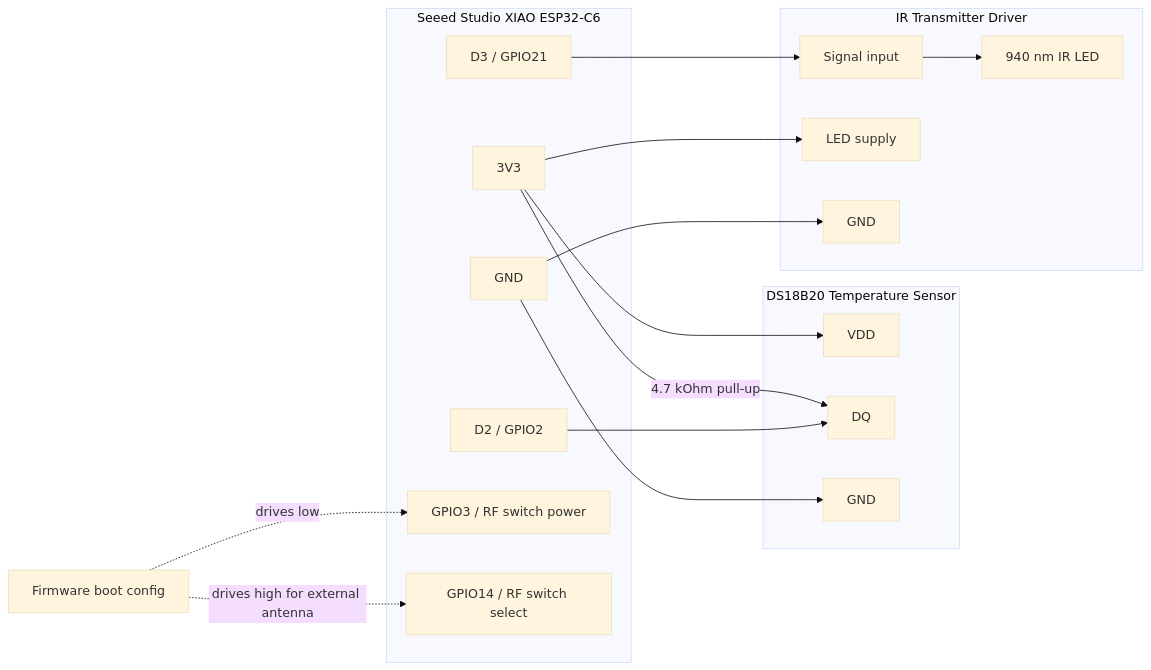
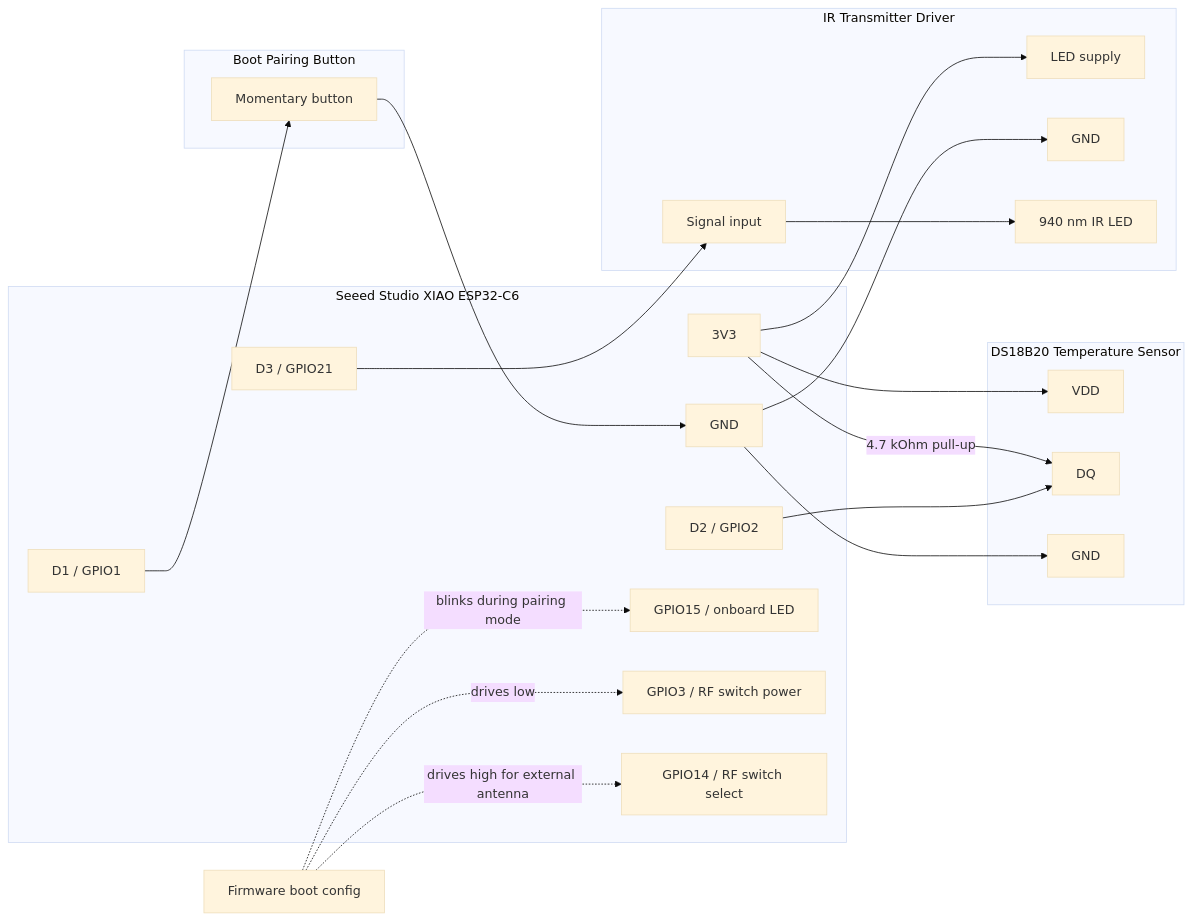
One commit to EpKouhia/strome-ir-matter changed the diagram in README.md. Above: the diagram before and after it, drawn with Mermaid (base theme). The commit also changed other lines of this file and 10 other files, not shown here.

First line of the commit message:
Add GPIO pairing and reset controls

````diff
--- a/README.md
+++ b/README.md
@@ -30,38 +30,48 @@
 ```mermaid
 flowchart LR
     subgraph XIAO["Seeed Studio XIAO ESP32-C6"]
         V3V3["3V3"]
         GND["GND"]
+        D1["D1 / GPIO1"]
         D2["D2 / GPIO2"]
         D3["D3 / GPIO21"]
+        LED["GPIO15 / onboard LED"]
         RFEN["GPIO3 / RF switch power"]
         RFSEL["GPIO14 / RF switch select"]
     end
 
     subgraph TEMP["DS18B20 Temperature Sensor"]
         T_VDD["VDD"]
         T_DQ["DQ"]
         T_GND["GND"]
     end
 
     subgraph IR["IR Transmitter Driver"]
         IR_IN["Signal input"]
         IR_PWR["LED supply"]
         IR_GND["GND"]
         IR_LED["940 nm IR LED"]
     end
 
+    subgraph PAIR["Boot Pairing Button"]
+        P_BTN["Momentary button"]
+    end
+
     V3V3 --> T_VDD
     GND --> T_GND
     D2 --> T_DQ
     V3V3 -->|"4.7 kOhm pull-up"| T_DQ
 
     D3 --> IR_IN
     V3V3 --> IR_PWR
     GND --> IR_GND
     IR_IN --> IR_LED
 
+    D1 --> P_BTN
+    P_BTN --> GND
+
     FW["Firmware boot config"]
     FW -. "drives low" .-> RFEN
     FW -. "drives high for external antenna" .-> RFSEL
+    FW -. "blinks during pairing mode" .-> LED
 ```
````
